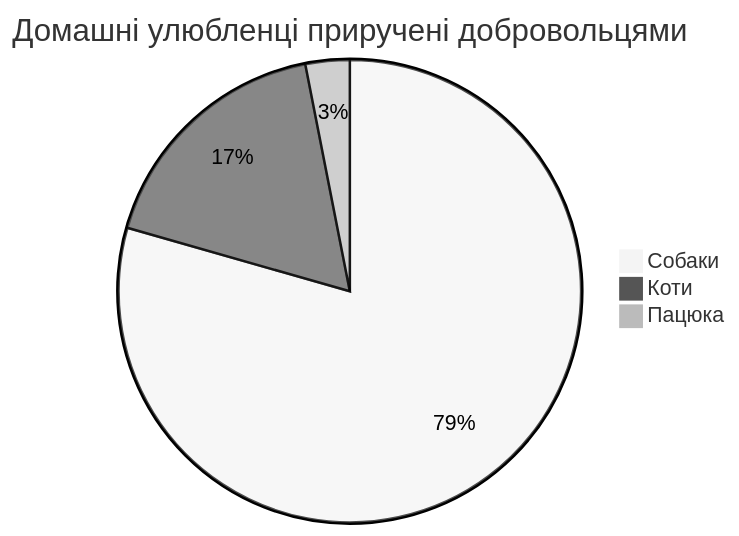
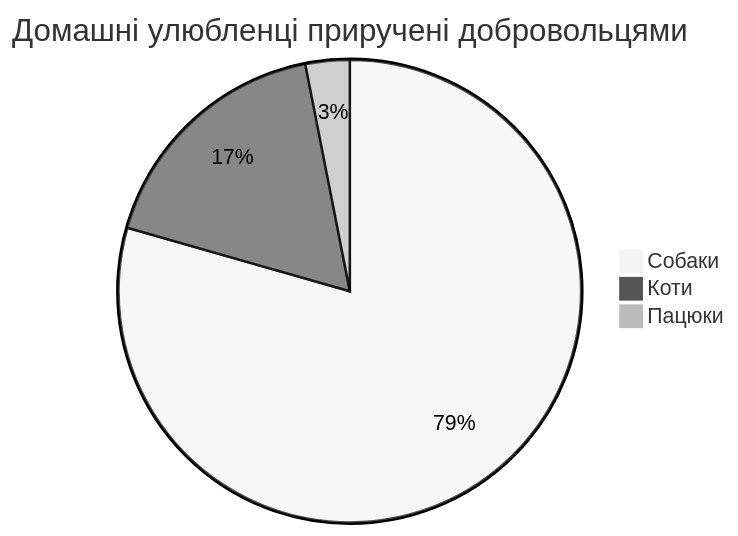
One commit to vlisivka/vlisivka.github.io changed the ninth of 9 diagrams in src/routes/blog/blog-feature-test.md. Above: the diagram before and after it, drawn with Mermaid (neutral theme). The commit also changed 20 other files, not shown here.

````diff
--- a/src/routes/blog/blog-feature-test.md
+++ b/src/routes/blog/blog-feature-test.md
@@ -179,6 +179,6 @@
 ```mermaid
 pie title Домашні улюбленці приручені добровольцями
 "Собаки" : 386
 "Коти" : 85
-"Пацюка" : 15
+"Пацюки" : 15
 ```
````
